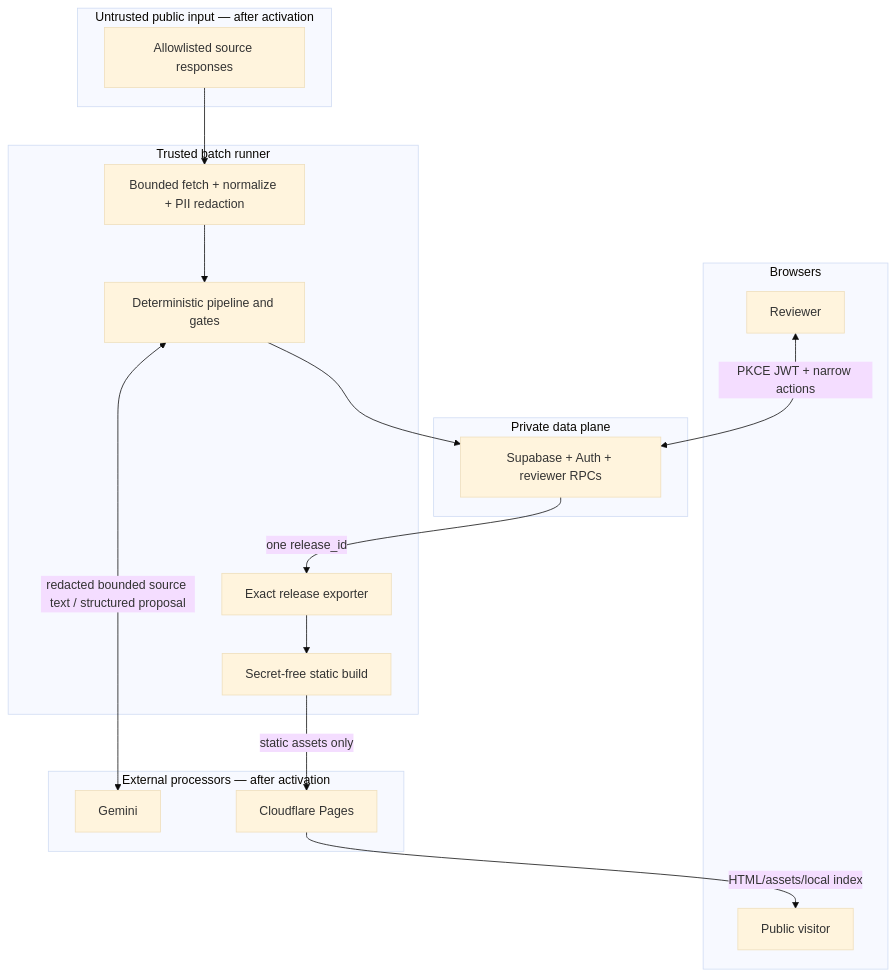
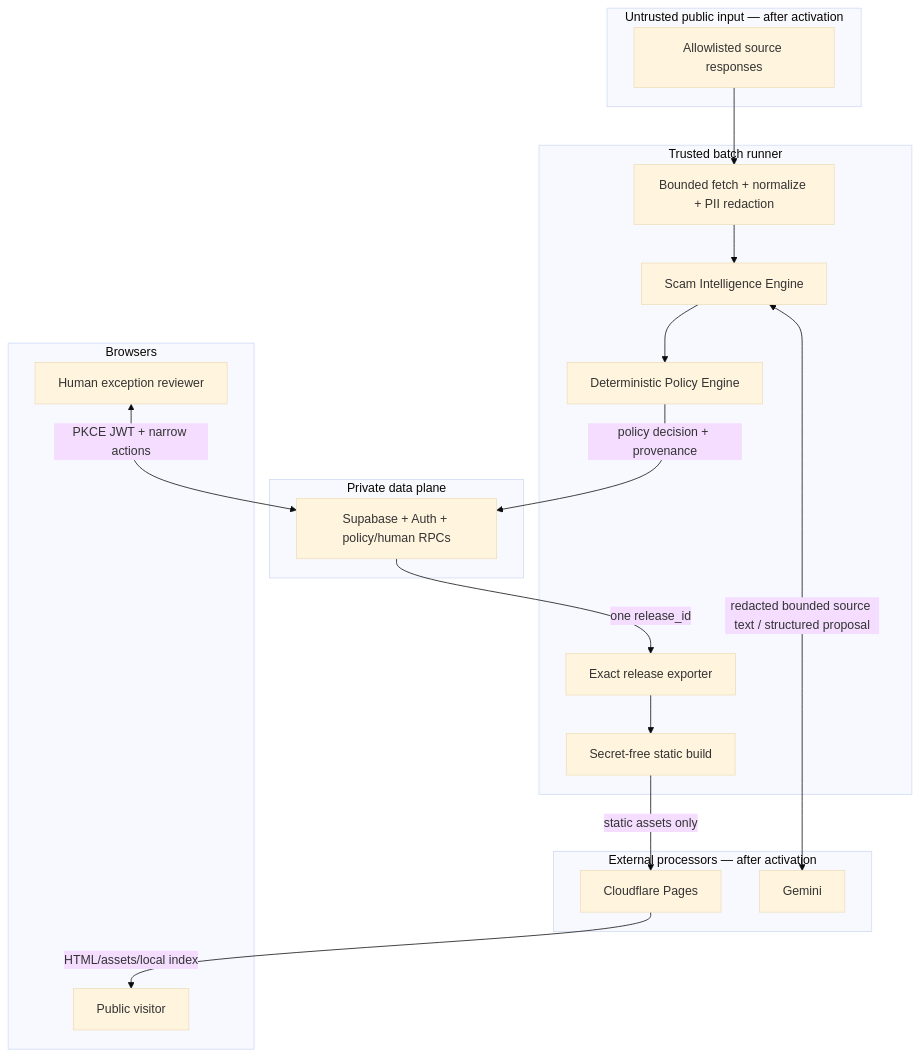
The first of 3 diagrams in docs/data-flow.md (Insparian/scam-radar), drawn with Mermaid (base theme) before and after one commit. The commit also changed other lines of this file and 54 other files, not shown here.

````diff
--- a/docs/data-flow.md
+++ b/docs/data-flow.md
@@ -7,30 +7,31 @@
 ```mermaid
 flowchart TB
     subgraph U["Untrusted public input — after activation"]
       S["Allowlisted source responses"]
     end
     subgraph T["Trusted batch runner"]
       N["Bounded fetch + normalize + PII redaction"]
-      P["Deterministic pipeline and gates"]
+      P["Scam Intelligence Engine"]
+      PE["Deterministic Policy Engine"]
       X["Exact release exporter"]
       B["Secret-free static build"]
     end
     subgraph E["External processors — after activation"]
       G["Gemini"]
       C["Cloudflare Pages"]
     end
     subgraph D["Private data plane"]
-      DB["Supabase + Auth + reviewer RPCs"]
+      DB["Supabase + Auth + policy/human RPCs"]
     end
     subgraph W["Browsers"]
-      R["Reviewer"]
+      R["Human exception reviewer"]
       V["Public visitor"]
     end
 
-    S --> N --> P
+    S --> N --> P --> PE
     P <-->|"redacted bounded source text / structured proposal"| G
-    P --> DB
+    PE -->|"policy decision + provenance"| DB
     R <-->|"PKCE JWT + narrow actions"| DB
     DB -->|"one release_id"| X --> B -->|"static assets only"| C
     C -->|"HTML/assets/local index"| V
 ```
````
